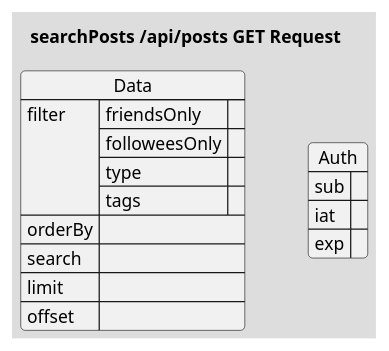
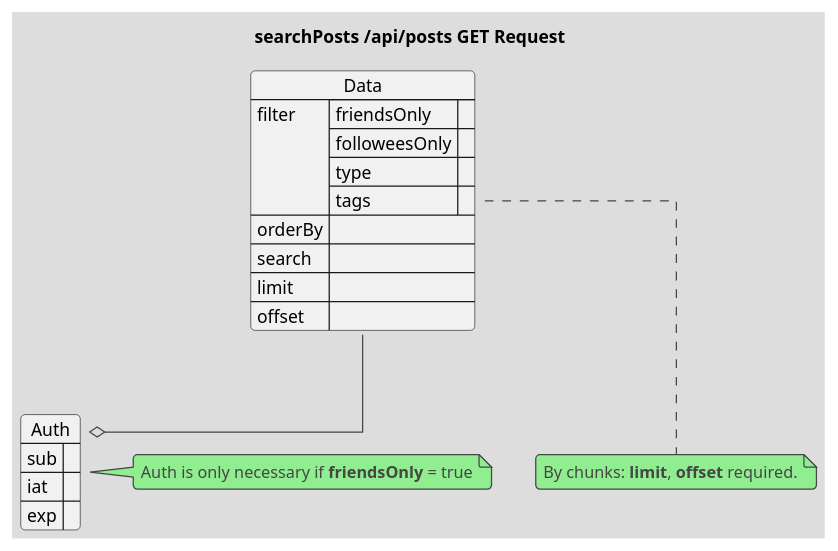
The first of 2 diagrams in api/src/Posts/GET/searchPosts.puml (crah-app/diagrams), drawn with PlantUML before and after one commit. The commit also changed other lines of this file and 7 other files, not shown here.

```diff
--- a/api/src/Posts/GET/searchPosts.puml
+++ b/api/src/Posts/GET/searchPosts.puml
@@ -1,24 +1,34 @@
 @startuml searchPosts-Request
 !theme toy
+skinparam linetype ortho
 title "searchPosts /api/posts GET Request"
 
 json Data {
     "filter": {
         "friendsOnly": "",
         "followeesOnly": "",
         "type": "",
         "tags": []
     },
     "orderBy": "",
     "search": "",
     "limit": "",
     "offset": ""
 }
 
+note bottom of Data 
+    By chunks: **limit**, **offset** required.
+end note
+
 'Optional (only if friendsOnly=true)
 json Auth {
     "sub": "",
     "iat": "",
     "exp": ""
 }
+note right of Auth
+    Auth is only necessary if **friendsOnly** = true
+end note
+
+Data --o Auth
 @enduml
```
